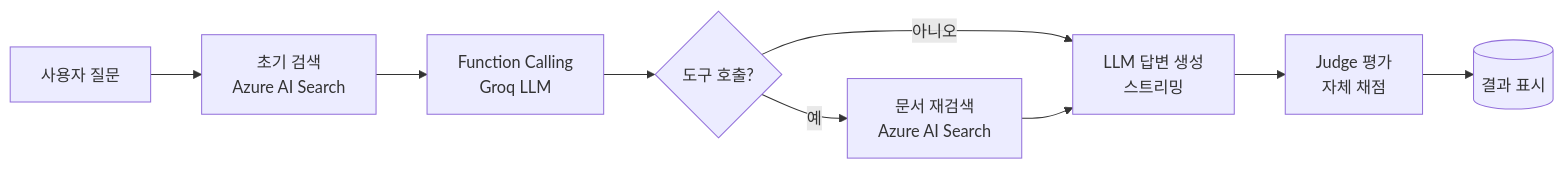
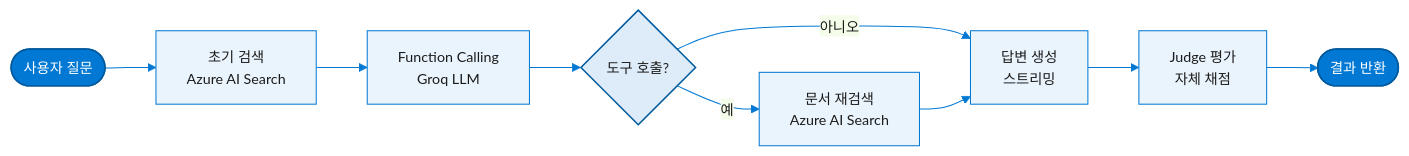
Before and after one commit to jjun43/azure-ai-search-poc: the diagram in README.md, drawn with Mermaid. The commit also changed other lines of this file, not shown here.

Commit message:
Polish README: tighten intent section into bullet list, style diagram with Azure blue theme

````diff
--- a/README.md
+++ b/README.md
@@ -13,11 +19,23 @@
 ```mermaid
+%%{init: {'theme':'base', 'themeVariables': {
+  'primaryColor':'#eaf4fc',
+  'primaryBorderColor':'#0078d4',
+  'primaryTextColor':'#1b1b1b',
+  'lineColor':'#0078d4',
+  'fontSize':'14px'
+}}}%%
 flowchart LR
-    A[사용자 질문] --> B[초기 검색\nAzure AI Search]
-    B --> C[Function Calling\nGroq LLM]
-    C --> D{도구 호출?}
-    D -- 예 --> E[문서 재검색\nAzure AI Search]
+    A(["사용자 질문"]) --> B["초기 검색<br/>Azure AI Search"]
+    B --> C["Function Calling<br/>Groq LLM"]
+    C --> D{"도구 호출?"}
+    D -- 예 --> E["문서 재검색<br/>Azure AI Search"]
     D -- 아니오 --> F
-    E --> F[LLM 답변 생성\n스트리밍]
-    F --> G[Judge 평가\n자체 채점]
-    G --> H[(결과 표시)]
+    E --> F["답변 생성<br/>스트리밍"]
+    F --> G["Judge 평가<br/>자체 채점"]
+    G --> H(["결과 반환"])
+
+    classDef terminal fill:#0078d4,stroke:#005a9e,stroke-width:1.5px,color:#ffffff;
+    classDef decision fill:#deecf9,stroke:#005a9e,stroke-width:1.5px,color:#1b1b1b;
+    class A,H terminal;
+    class D decision;
 ```
````
